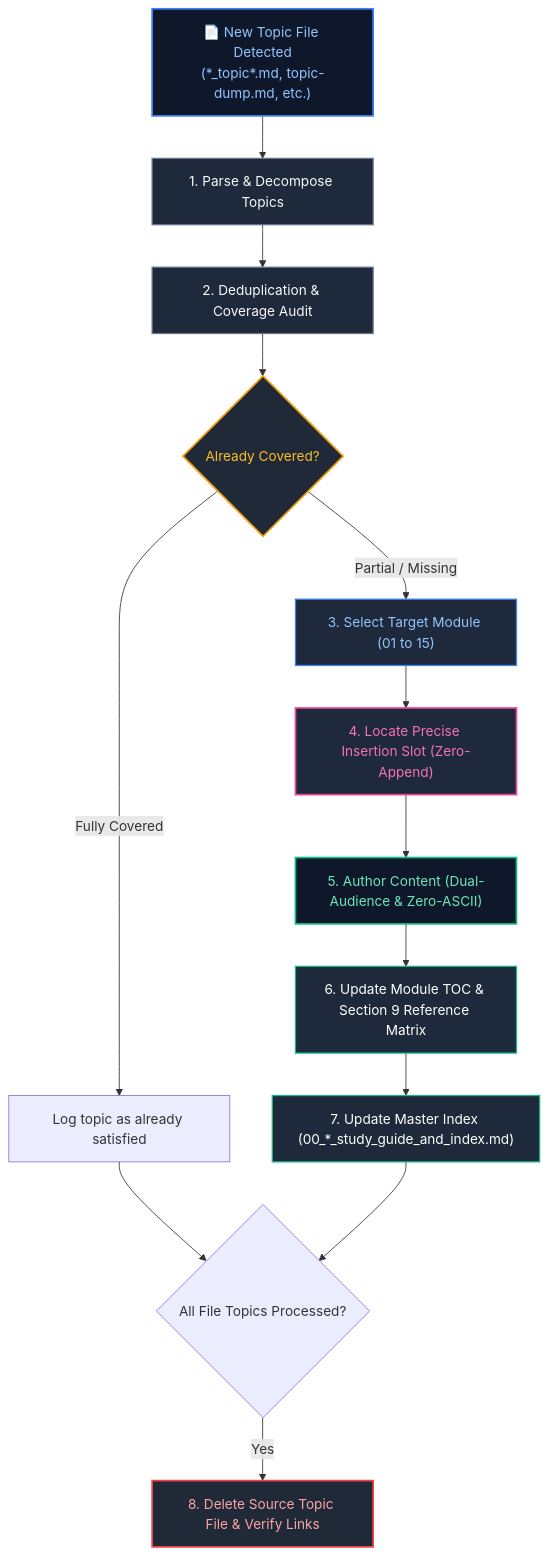
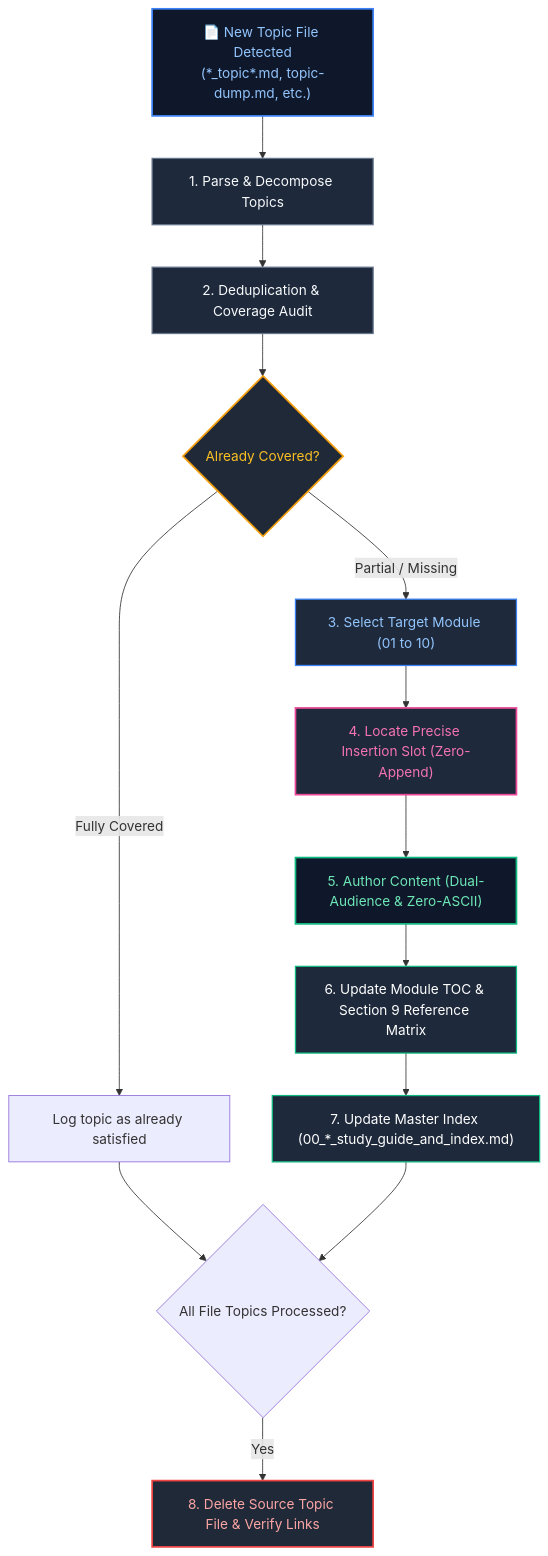
One commit to joydeep-biswas/Interview-Preparation changed the first of 2 diagrams in .agents/skills/add-topics/SKILL.md. Above: the diagram before and after it, drawn with Mermaid. The commit also changed other lines of this file and 178 other files, not shown here.

````diff
--- a/.agents/skills/add-topics/SKILL.md
+++ b/.agents/skills/add-topics/SKILL.md
@@ -21,26 +21,26 @@
 ```mermaid
 flowchart TD
     Trigger["📄 New Topic File Detected<br/>(*_topic*.md, topic-dump.md, etc.)"] --> Parse["1. Parse & Decompose Topics"]
     Parse --> Audit["2. Deduplication & Coverage Audit"]
     Audit --> Decision{"Already Covered?"}
     Decision -- "Fully Covered" --> LogSkip["Log topic as already satisfied"]
-    Decision -- "Partial / Missing" --> TargetSelect["3. Select Target Module (01 to 15)"]
+    Decision -- "Partial / Missing" --> TargetSelect["3. Select Target Module (01 to 10)"]
     TargetSelect --> SlotLocate["4. Locate Precise Insertion Slot (Zero-Append)"]
     SlotLocate --> Author["5. Author Content (Dual-Audience & Zero-ASCII)"]
     Author --> UpdateTOC["6. Update Module TOC & Section 9 Reference Matrix"]
     UpdateTOC --> UpdateIndex["7. Update Master Index (00_*_study_guide_and_index.md)"]
     LogSkip --> Cleanup{"All File Topics Processed?"}
     UpdateIndex --> Cleanup
     Cleanup -- "Yes" --> DeleteDump["8. Delete Source Topic File & Verify Links"]
 
     style Trigger fill:#0f172a,stroke:#3b82f6,stroke-width:2px,color:#93c5fd
     style Parse fill:#1e293b,stroke:#64748b,stroke-width:1.5px,color:#f8fafc
     style Audit fill:#1e293b,stroke:#64748b,stroke-width:1.5px,color:#f8fafc
     style Decision fill:#1f2937,stroke:#f59e0b,stroke-width:2px,color:#fbbf24
     style TargetSelect fill:#1e293b,stroke:#3b82f6,stroke-width:1.5px,color:#93c5fd
     style SlotLocate fill:#1e293b,stroke:#ec4899,stroke-width:2px,color:#f472b6
     style Author fill:#0f172a,stroke:#10b981,stroke-width:2px,color:#6ee7b7
     style UpdateTOC fill:#1e293b,stroke:#10b981,stroke-width:1.5px,color:#ffffff
     style UpdateIndex fill:#1e293b,stroke:#10b981,stroke-width:1.5px,color:#ffffff
     style DeleteDump fill:#1f2937,stroke:#ef4444,stroke-width:2px,color:#fca5a5
 ```
````
